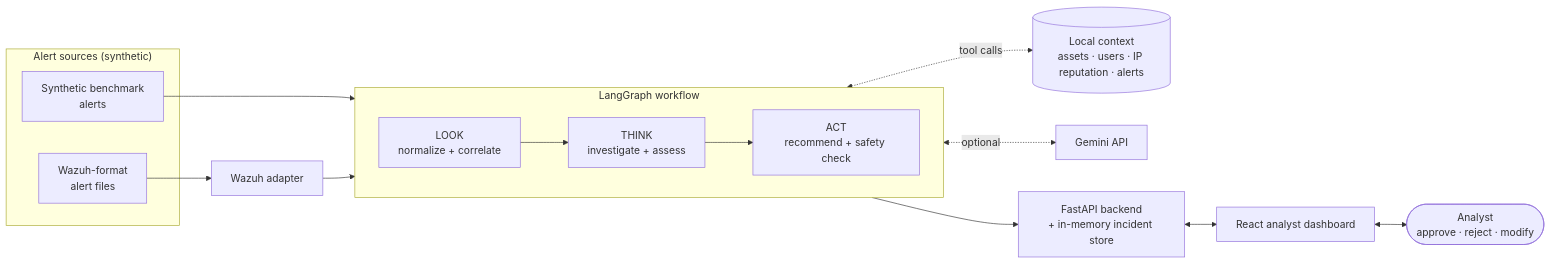
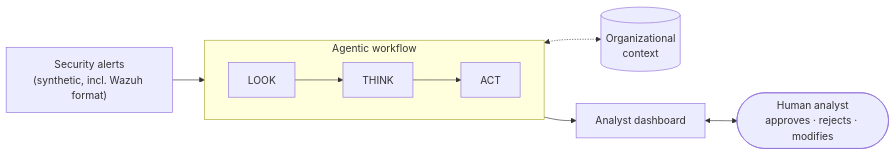
The first of 2 diagrams in README.md (mic-g/agentic-soc-overview), drawn with Mermaid before and after one commit. The commit also changed other lines of this file, not shown here.

````diff
--- a/README.md
+++ b/README.md
@@ -36,23 +38,11 @@
 ```mermaid
 flowchart LR
-    subgraph Sources["Alert sources (synthetic)"]
-        A1["Synthetic benchmark<br/>alerts"]
-        A2["Wazuh-format<br/>alert files"]
+    A["Security alerts<br/>(synthetic, incl. Wazuh format)"] --> W
+    subgraph W["Agentic workflow"]
+        direction LR
+        L["LOOK"] --> T["THINK"] --> C["ACT"]
     end
-
-    A2 --> AD["Wazuh adapter"]
-    A1 --> G
-    AD --> G
-
-    subgraph G["LangGraph workflow"]
-        direction LR
-        L["LOOK<br/>normalize + correlate"] --> T["THINK<br/>investigate + assess"] --> AC["ACT<br/>recommend + safety check"]
-    end
-
-    T <-. "tool calls" .-> CTX[("Local context<br/>assets · users · IP reputation · alerts")]
-    T <-. "optional" .-> LLM["Gemini API"]
-
-    G --> API["FastAPI backend<br/>+ in-memory incident store"]
-    API <--> UI["React analyst dashboard"]
-    UI <--> H(["Analyst<br/>approve · reject · modify"])
+    T <-.-> X[("Organizational<br/>context")]
+    W --> D["Analyst dashboard"]
+    D <--> H(["Human analyst<br/>approves · rejects · modifies"])
 ```
````
